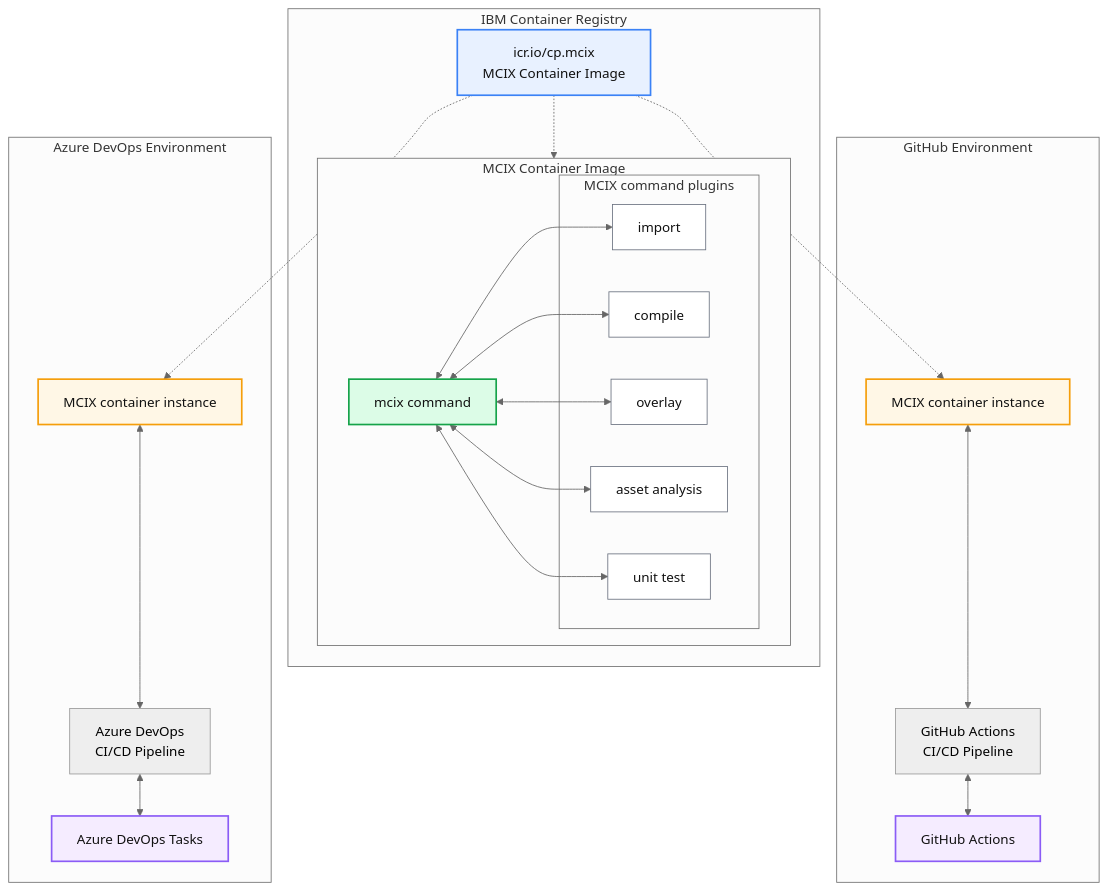
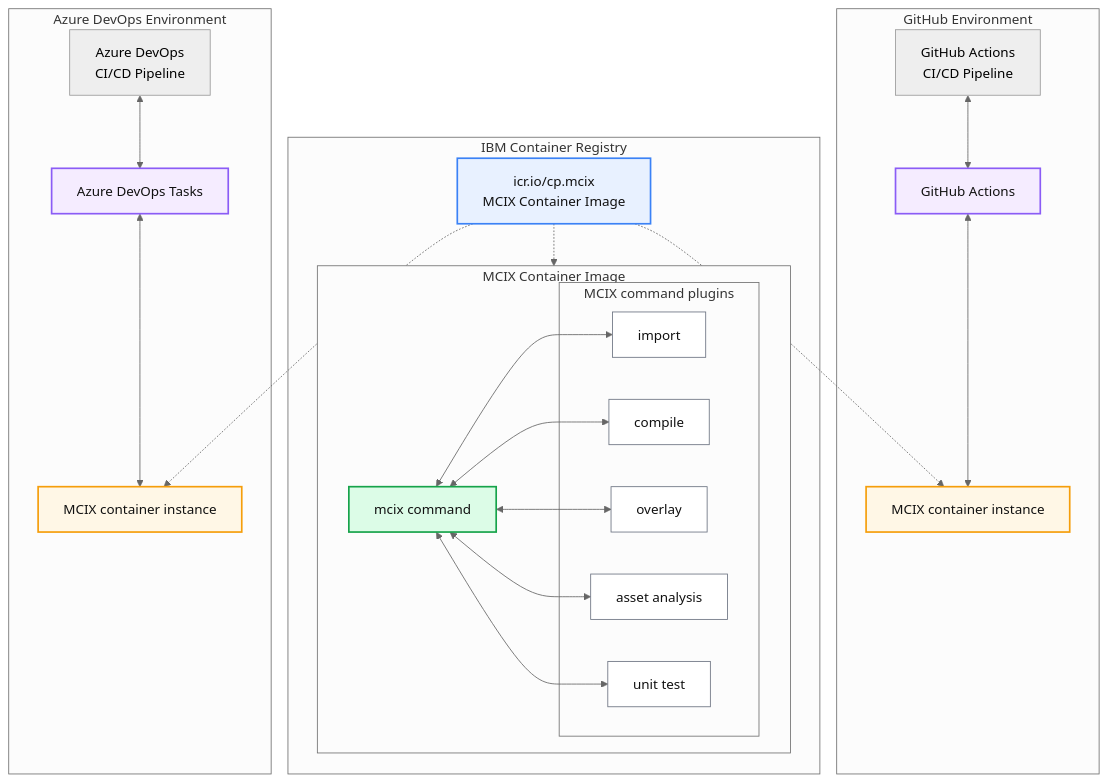
The diagram in ARCHITECTURE.md (MettleCI/mcix), drawn with Mermaid (neutral theme) before and after one commit.

Commit message:
Update GH Tooling and ADO Tooling references

````diff
--- a/ARCHITECTURE.md
+++ b/ARCHITECTURE.md
@@ -1,82 +1,82 @@
 ```mermaid
   flowchart TD
 
   %% =========================
   %% Styles
   %% =========================
   classDef registry fill:#e8f1ff,stroke:#3b82f6,stroke-width:2px,color:#111;
   classDef image fill:#eefbf3,stroke:#22c55e,stroke-width:2px,color:#111;
   classDef runtime fill:#fff7e6,stroke:#f59e0b,stroke-width:2px,color:#111;
   classDef tooling fill:#f5ecff,stroke:#8b5cf6,stroke-width:2px,color:#111;
   classDef plugin fill:#ffffff,stroke:#6b7280,stroke-width:1px,color:#111;
   classDef command fill:#dcfce7,stroke:#16a34a,stroke-width:2px,color:#111;
 
   %% =========================
   %% GitHub environment
   %% =========================
   subgraph GH["GitHub Environment"]
       GHCONT["MCIX container instance"]
       GHA["GitHub Actions"]
       GHPIPE["GitHub Actions<br/>CI/CD Pipeline"]
   end
   class GHA tooling
   class GHCONT runtime
 
   %% GH Tooling references 
   GHPIPE <--> GHA
-  GHCONT <-->GHPIPE
+  GHA <--> GHCONT
 
   %% =========================
   %% Registry
   %% =========================
   subgraph REG["IBM Container Registry"]
       ICR["icr.io/cp.mcix<br/>MCIX Container Image"]
 
       %% Image internals
       subgraph IMG["MCIX Container Image"]
           MCIX["mcix command"]
 
           subgraph PLUGINS["MCIX command plugins"]
               P1["import"]
               P2["compile"]
               P3["overlay"]
               P4["asset analysis"]
               P5["unit test"]
           end
       end
       class MCIX command
       class P1,P2,P3,P4,P5 plugin
       class IMG image
 
   end
   class ICR registry
 
   ICR -.-> IMG
   MCIX <--> P1
   MCIX <--> P2
   MCIX <--> P3
   MCIX <--> P4
   MCIX <--> P5
 
   %% =========================
   %% Azure DevOps environment
   %% =========================
   subgraph ADO["Azure DevOps Environment"]
       ADOT["Azure DevOps Tasks"]
       ADOPIPE["Azure DevOps<br/>CI/CD Pipeline"]
       ADOCONT["MCIX container instance"]
   end
   class ADOT tooling
   class ADOCONT runtime
 
   %% =========================
   %% Distribution from registry
   %% =========================
   ICR -.-> GHCONT
   ICR -.-> ADOCONT
 
   %% ADO Tooling references 
   ADOPIPE <--> ADOT
-  ADOCONT <--> ADOPIPE
+  ADOT <--> ADOCONT
 
 ```
````
